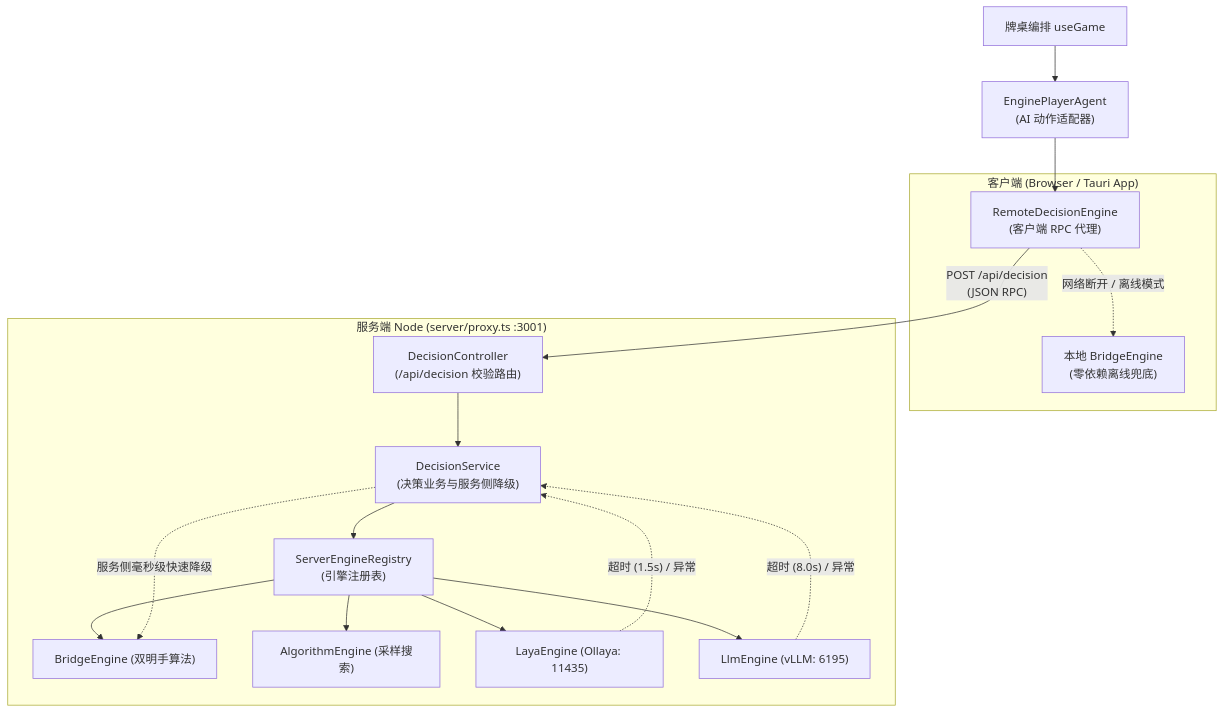
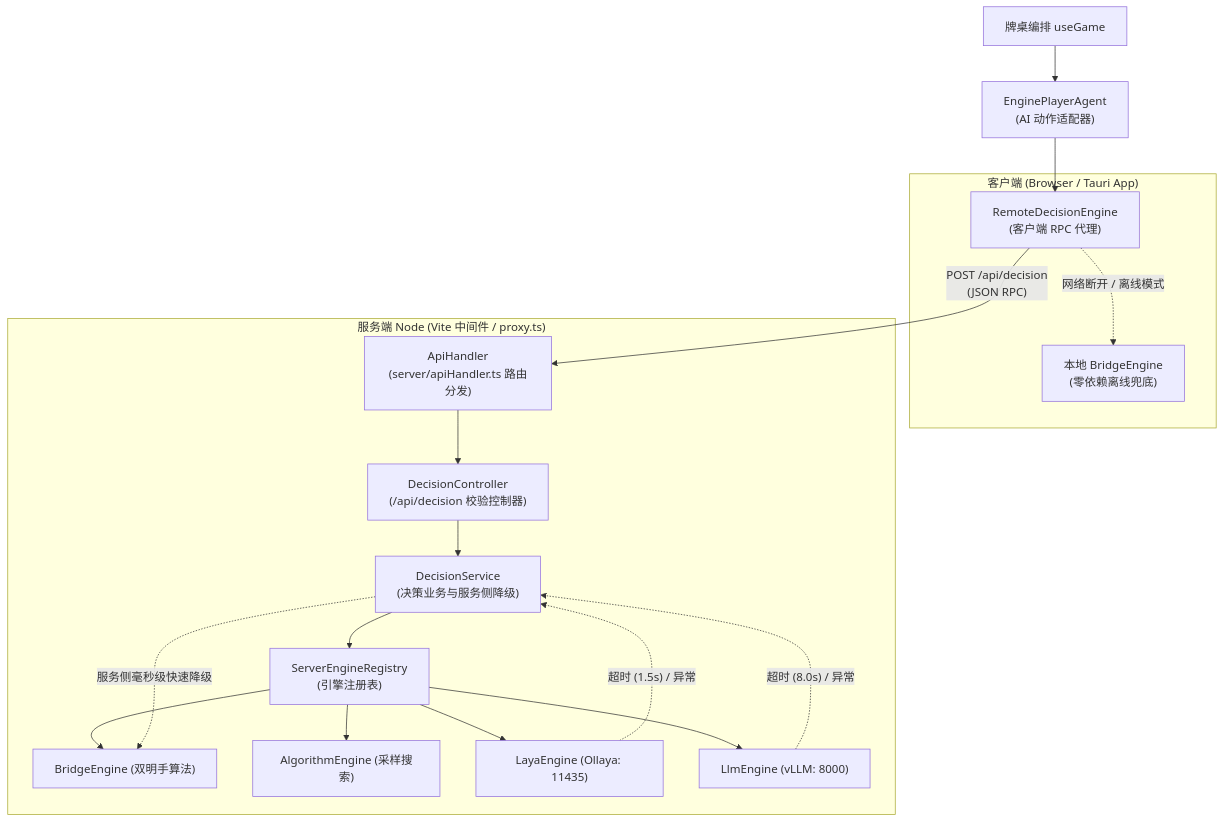
Before and after one commit to zxrneu/baoshan-yaozifen: the diagram in docs/decision-engines-and-rl.md, drawn with Mermaid. The commit also changed other lines of this file and 18 other files, not shown here.

````diff
--- a/docs/decision-engines-and-rl.md
+++ b/docs/decision-engines-and-rl.md
@@ -147,33 +154,35 @@
 ```mermaid
 flowchart TD
     UI["牌桌编排 useGame"] --> EPA["EnginePlayerAgent<br/>(AI 动作适配器)"]
     EPA --> RDE["RemoteDecisionEngine<br/>(客户端 RPC 代理)"]
     
     subgraph ClientSide ["客户端 (Browser / Tauri App)"]
         RDE
         LocalBridge["本地 BridgeEngine<br/>(零依赖离线兜底)"]
     end
     
-    subgraph ServerSide ["服务端 Node (server/proxy.ts :3001)"]
-        DC["DecisionController<br/>(/api/decision 校验路由)"]
+    subgraph ServerSide ["服务端 Node (Vite 中间件 / proxy.ts)"]
+        AH["ApiHandler<br/>(server/apiHandler.ts 路由分发)"]
+        DC["DecisionController<br/>(/api/decision 校验控制器)"]
         DS["DecisionService<br/>(决策业务与服务侧降级)"]
         SR["ServerEngineRegistry<br/>(引擎注册表)"]
         S_Bridge["BridgeEngine (双明手算法)"]
         S_Algo["AlgorithmEngine (采样搜索)"]
         S_Laya["LayaEngine (Ollaya: 11435)"]
-        S_LLM["LlmEngine (vLLM: 6195)"]
+        S_LLM["LlmEngine (vLLM: 8000)"]
     end
 
-    RDE -->|"POST /api/decision<br/>(JSON RPC)"| DC
+    RDE -->|"POST /api/decision<br/>(JSON RPC)"| AH
+    AH --> DC
     RDE -.->|"网络断开 / 离线模式"| LocalBridge
     DC --> DS
     DS --> SR
     SR --> S_Bridge
     SR --> S_Algo
     SR --> S_Laya
     SR --> S_LLM
     
     S_Laya -.->|"超时 (1.5s) / 异常"| DS
     S_LLM -.->|"超时 (8.0s) / 异常"| DS
     DS -.->|"服务侧毫秒级快速降级"| S_Bridge
 ```
````
